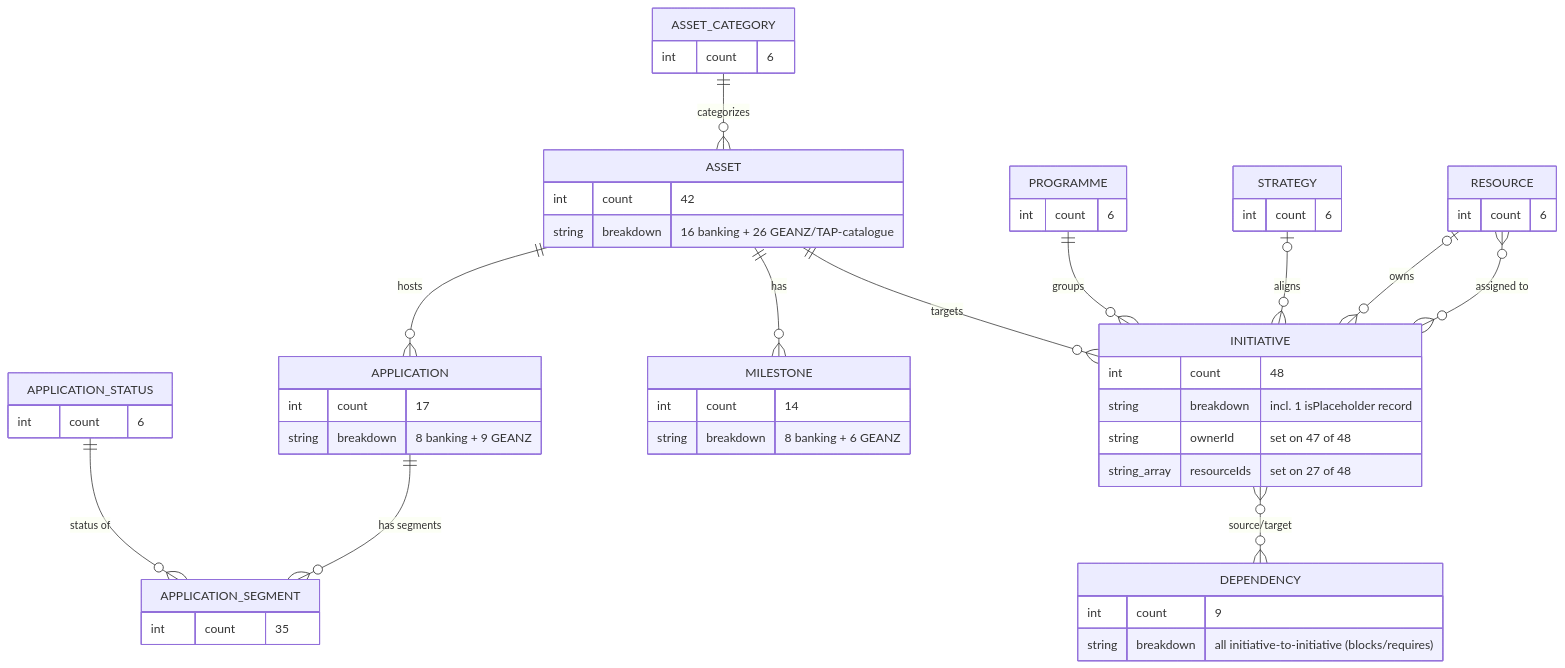
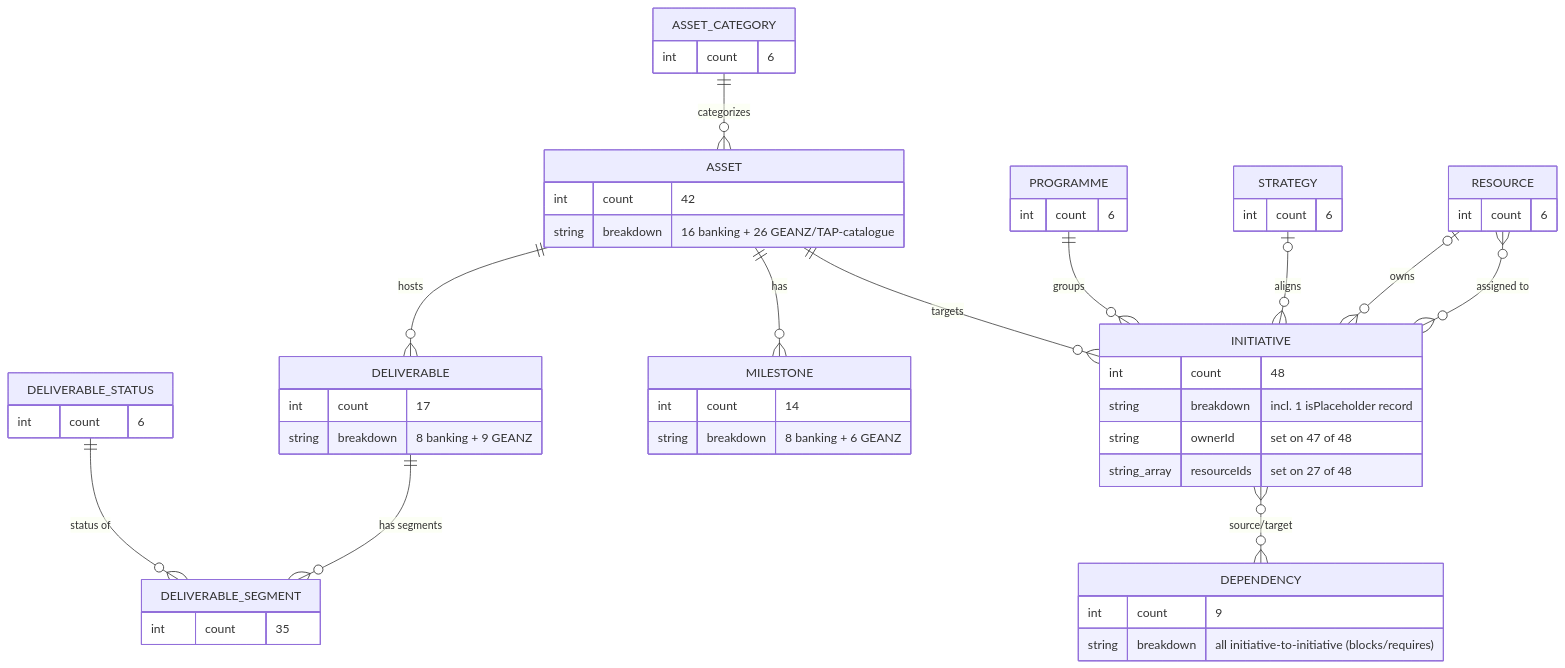
One commit to nofanto/Selara changed the second of 3 diagrams in docs/database-diagram.md. Above: the diagram before and after it, drawn with Mermaid. The commit also changed other lines of this file and 51 other files, not shown here.

````diff
--- a/docs/database-diagram.md
+++ b/docs/database-diagram.md
@@ -297,55 +298,55 @@
 ```mermaid
 erDiagram
     ASSET_CATEGORY {
         int count "6"
     }
     ASSET {
         int count "42"
         string breakdown "16 banking + 26 GEANZ/TAP-catalogue"
     }
     PROGRAMME {
         int count "6"
     }
     STRATEGY {
         int count "6"
     }
     RESOURCE {
         int count "6"
     }
-    APPLICATION_STATUS {
+    DELIVERABLE_STATUS {
         int count "6"
     }
-    APPLICATION {
+    DELIVERABLE {
         int count "17"
         string breakdown "8 banking + 9 GEANZ"
     }
-    APPLICATION_SEGMENT {
+    DELIVERABLE_SEGMENT {
         int count "35"
     }
     INITIATIVE {
         int count "48"
         string breakdown "incl. 1 isPlaceholder record"
         string ownerId "set on 47 of 48"
         string_array resourceIds "set on 27 of 48"
     }
     MILESTONE {
         int count "14"
         string breakdown "8 banking + 6 GEANZ"
     }
     DEPENDENCY {
         int count "9"
         string breakdown "all initiative-to-initiative (blocks/requires)"
     }
 
     ASSET_CATEGORY ||--o{ ASSET : categorizes
-    ASSET ||--o{ APPLICATION : hosts
-    APPLICATION ||--o{ APPLICATION_SEGMENT : "has segments"
-    APPLICATION_STATUS ||--o{ APPLICATION_SEGMENT : "status of"
+    ASSET ||--o{ DELIVERABLE : hosts
+    DELIVERABLE ||--o{ DELIVERABLE_SEGMENT : "has segments"
+    DELIVERABLE_STATUS ||--o{ DELIVERABLE_SEGMENT : "status of"
     ASSET ||--o{ MILESTONE : has
     PROGRAMME ||--o{ INITIATIVE : groups
     STRATEGY |o--o{ INITIATIVE : aligns
     ASSET ||--o{ INITIATIVE : targets
     RESOURCE |o--o{ INITIATIVE : owns
     RESOURCE }o--o{ INITIATIVE : "assigned to"
     INITIATIVE }o--o{ DEPENDENCY : "source/target"
 ```
````
